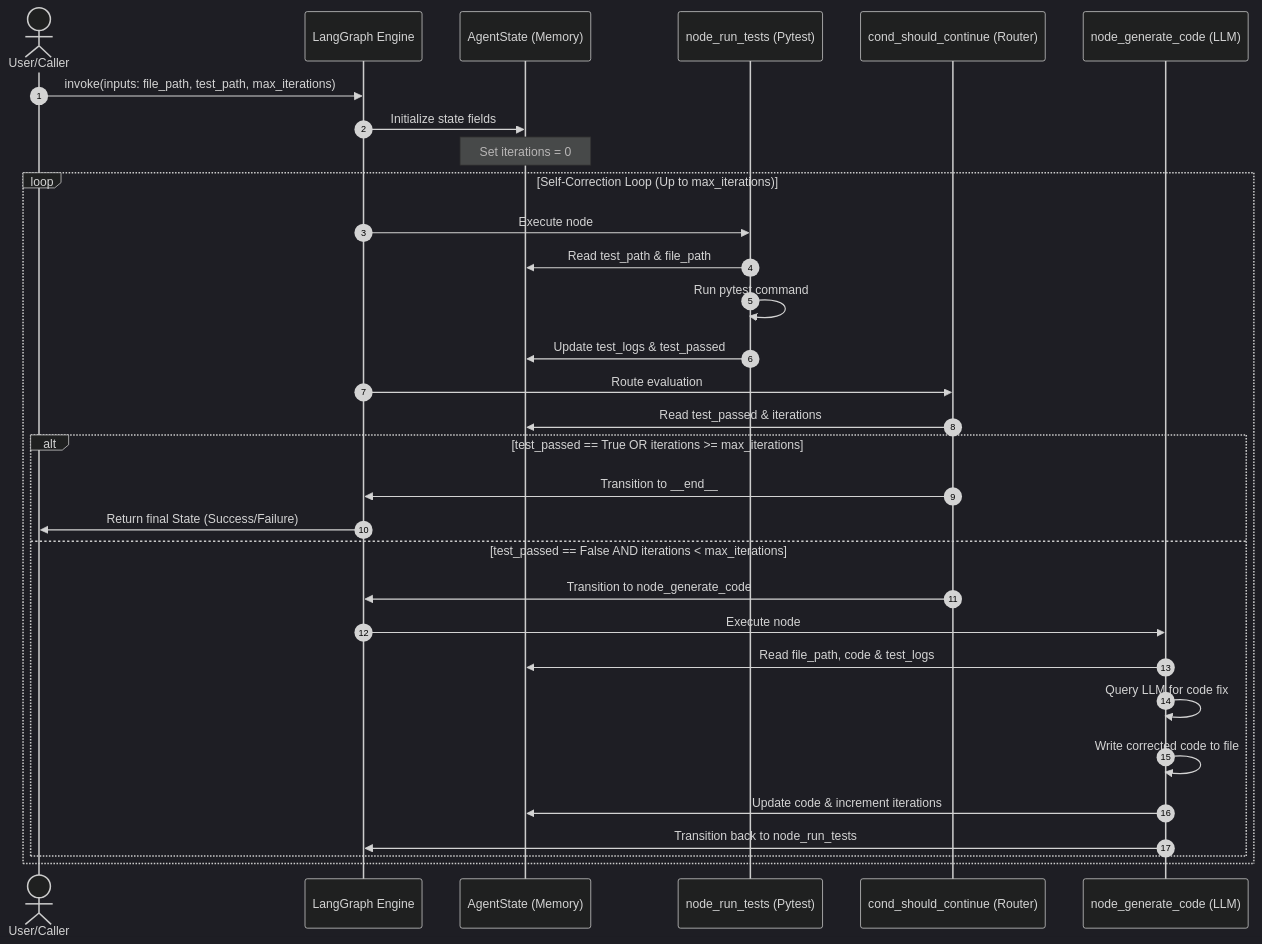
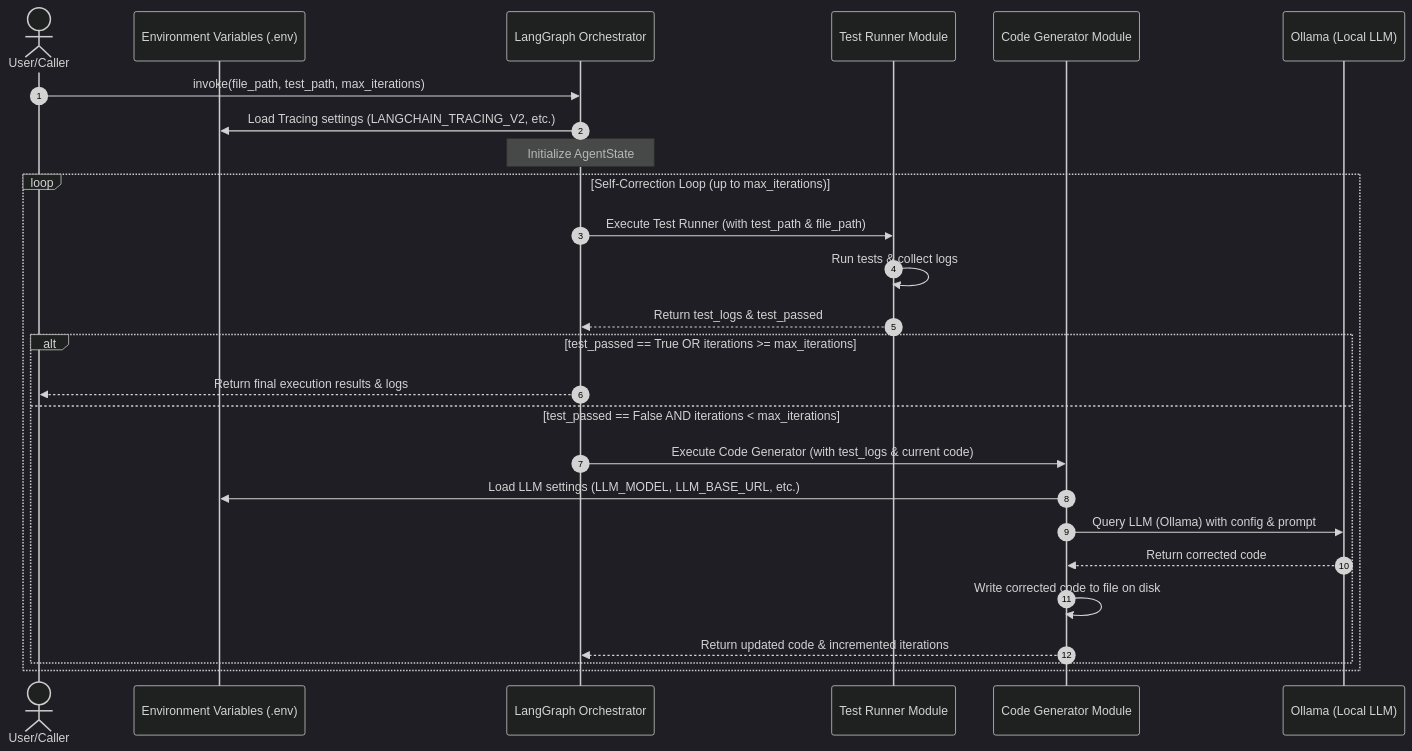
The third of 3 diagrams in design.md (boycececil666gmailcom/test-led-python-coder-agent), drawn with Mermaid (dark theme) before and after one commit.

Commit message:
docs: update LangGraph sequence diagram to reflect environment variable integration and module renaming

````diff
--- a/design.md
+++ b/design.md
@@ -81,36 +81,31 @@
 ```mermaid
 sequenceDiagram
     autonumber
     actor User as User/Caller
-    participant Graph as LangGraph Engine
-    participant State as AgentState (Memory)
-    participant Tests as node_run_tests (Pytest)
-    participant Edge as cond_should_continue (Router)
-    participant LLM as node_generate_code (LLM)
+    participant Env as Environment Variables (.env)
+    participant Engine as LangGraph Orchestrator
+    participant Runner as Test Runner Module
+    participant Generator as Code Generator Module
+    participant LLM as Ollama (Local LLM)
 
-    User->>Graph: invoke(inputs: file_path, test_path, max_iterations)
-    Graph->>State: Initialize state fields
-    Note over State: Set iterations = 0
+    User->>Engine: invoke(file_path, test_path, max_iterations)
+    Engine->>Env: Load Tracing settings (LANGCHAIN_TRACING_V2, etc.)
+    Note over Engine: Initialize AgentState
 
-    loop Self-Correction Loop (Up to max_iterations)
-        Graph->>Tests: Execute node
-        Tests->>State: Read test_path & file_path
-        Tests->>Tests: Run pytest command
-        Tests->>State: Update test_logs & test_passed
-        Graph->>Edge: Route evaluation
-        Edge->>State: Read test_passed & iterations
+    loop Self-Correction Loop (up to max_iterations)
+        Engine->>Runner: Execute Test Runner (with test_path & file_path)
+        Runner->>Runner: Run tests & collect logs
+        Runner-->>Engine: Return test_logs & test_passed
 
         alt test_passed == True OR iterations >= max_iterations
-            Edge->>Graph: Transition to __end__
-            Graph->>User: Return final State (Success/Failure)
+            Engine-->>User: Return final execution results & logs
         else test_passed == False AND iterations < max_iterations
-            Edge->>Graph: Transition to node_generate_code
-            Graph->>LLM: Execute node
-            LLM->>State: Read file_path, code & test_logs
-            LLM->>LLM: Query LLM for code fix
-            LLM->>LLM: Write corrected code to file
-            LLM->>State: Update code & increment iterations
-            LLM->>Graph: Transition back to node_run_tests
+            Engine->>Generator: Execute Code Generator (with test_logs & current code)
+            Generator->>Env: Load LLM settings (LLM_MODEL, LLM_BASE_URL, etc.)
+            Generator->>LLM: Query LLM (Ollama) with config & prompt
+            LLM-->>Generator: Return corrected code
+            Generator->>Generator: Write corrected code to file on disk
+            Generator-->>Engine: Return updated code & incremented iterations
         end
     end
 ```
````
